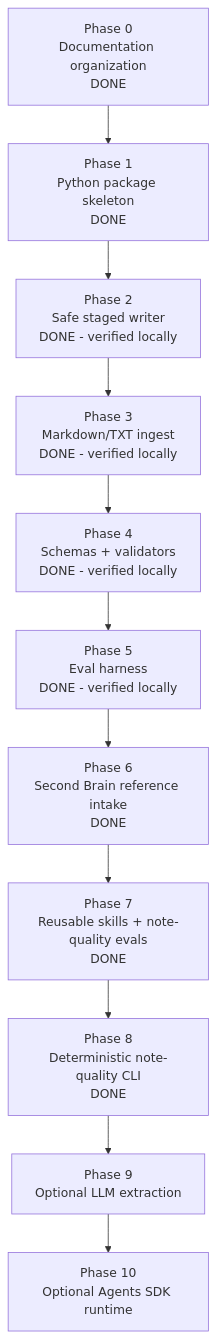
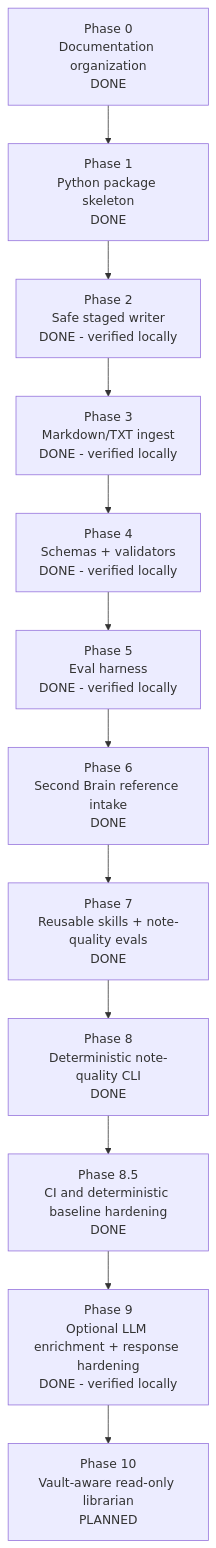
Before and after one commit to Denys/obsidian-librarian-to-add: the diagram in docs/10_implementation_plan.md, drawn with Mermaid. The commit also changed other lines of this file, not shown here.

Commit message:
Deduplicate stale Phase 9 and 10 plan entries

````diff
--- a/docs/10_implementation_plan.md
+++ b/docs/10_implementation_plan.md
@@ -5,18 +5,17 @@
 ```mermaid
 flowchart TD
     P0[Phase 0<br/>Documentation organization<br/>DONE]
     P1[Phase 1<br/>Python package skeleton<br/>DONE]
     P2[Phase 2<br/>Safe staged writer<br/>DONE - verified locally]
     P3[Phase 3<br/>Markdown/TXT ingest<br/>DONE - verified locally]
     P4[Phase 4<br/>Schemas + validators<br/>DONE - verified locally]
     P5[Phase 5<br/>Eval harness<br/>DONE - verified locally]
     P6[Phase 6<br/>Second Brain reference intake<br/>DONE]
     P7[Phase 7<br/>Reusable skills + note-quality evals<br/>DONE]
     P8[Phase 8<br/>Deterministic note-quality CLI<br/>DONE]
+    P8_5[Phase 8.5<br/>CI and deterministic baseline hardening<br/>DONE]
     P9[Phase 9<br/>Optional LLM enrichment + response hardening<br/>DONE - verified locally]
     P10[Phase 10<br/>Vault-aware read-only librarian<br/>PLANNED]
-    P9[Phase 9<br/>Optional LLM extraction]
-    P10[Phase 10<br/>Optional Agents SDK runtime]
 
-    P0 --> P1 --> P2 --> P3 --> P4 --> P5 --> P6 --> P7 --> P8 --> P9 --> P10
+    P0 --> P1 --> P2 --> P3 --> P4 --> P5 --> P6 --> P7 --> P8 --> P8_5 --> P9 --> P10
 ```
````
